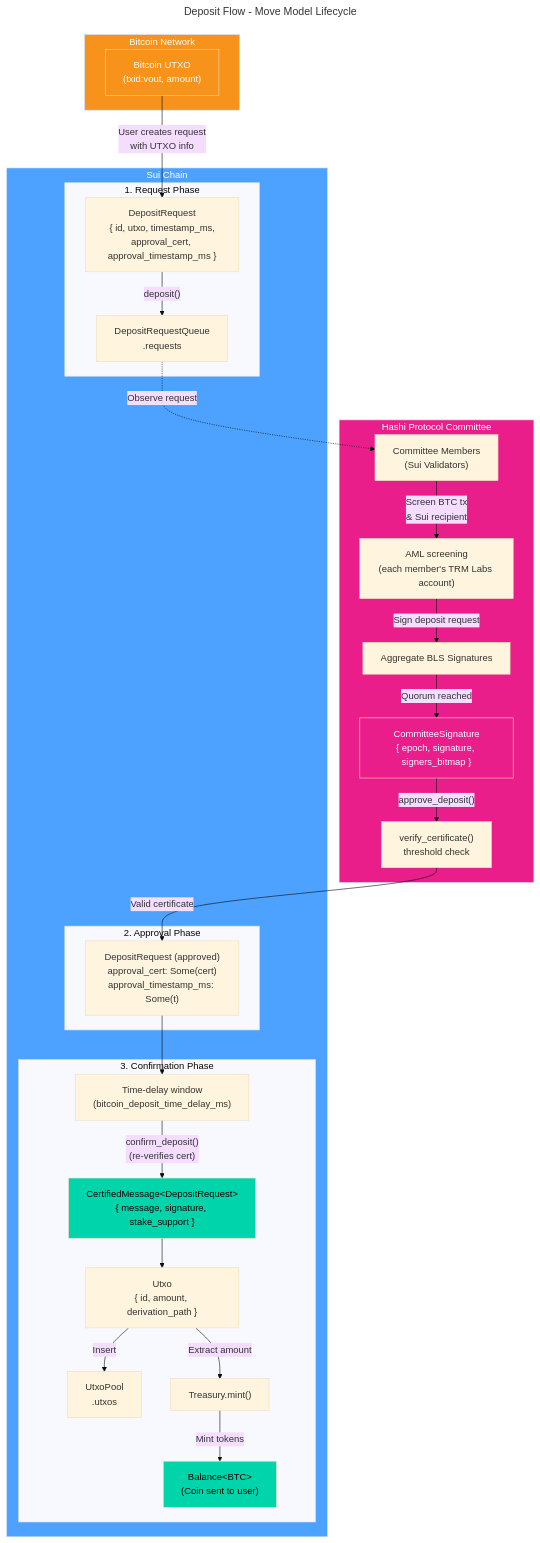
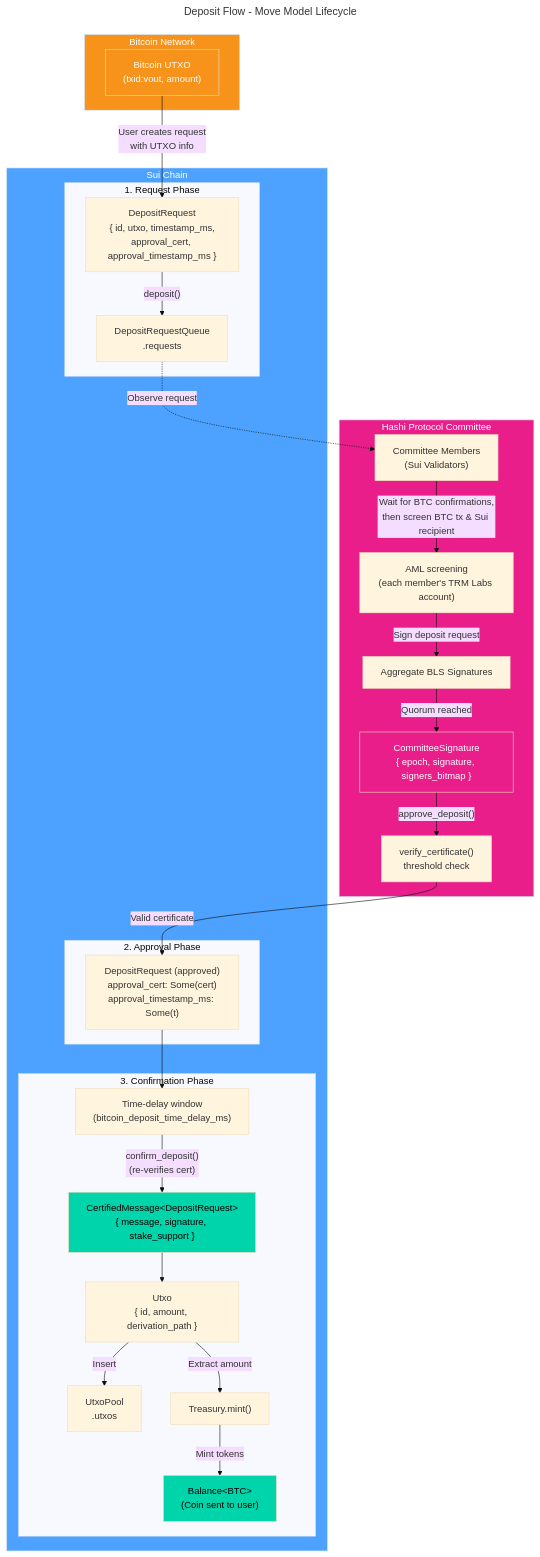
The first of 2 diagrams in design/docs/move-model-lifecycle.mdx (MystenLabs/hashi), drawn with Mermaid (base theme) before and after one commit. The commit also changed other lines of this file, not shown here.

First line of the commit message:
[docs] Show the Bitcoin confirmation wait before deposit screening

````diff
--- a/design/docs/move-model-lifecycle.mdx
+++ b/design/docs/move-model-lifecycle.mdx
@@ -65,60 +65,60 @@
 ```mermaid
 ---
 title: Deposit Flow - Move Model Lifecycle
 ---
 flowchart TD
     subgraph Bitcoin["Bitcoin Network"]
         BTC_UTXO["Bitcoin UTXO<br/>(txid:vout, amount)"]
     end
 
     subgraph Committee["Hashi Protocol Committee"]
         MEMBERS["Committee Members<br/>(Sui Validators)"]
         SCREEN["AML screening<br/>(each member's TRM Labs account)"]
         SIGN["Aggregate BLS Signatures"]
         CERT["CommitteeSignature<br/>{ epoch, signature, signers_bitmap }"]
         VERIFY["verify_certificate()<br/>threshold check"]
     end
 
     subgraph Sui["Sui Chain"]
         subgraph DepositPhase["1. Request Phase"]
             DR["DepositRequest<br/>{ id, utxo, timestamp_ms,<br/>approval_cert, approval_timestamp_ms }"]
             DRQ["DepositRequestQueue<br/>.requests"]
         end
 
         subgraph ApprovePhase["2. Approval Phase"]
             APPROVED["DepositRequest (approved)<br/>approval_cert: Some(cert)<br/>approval_timestamp_ms: Some(t)"]
         end
 
         subgraph ConfirmPhase["3. Confirmation Phase"]
             DELAY["Time-delay window<br/>(bitcoin_deposit_time_delay_ms)"]
             CERTIFIED["CertifiedMessage&lt;DepositRequest&gt;<br/>{ message, signature, stake_support }"]
             UTXO["Utxo<br/>{ id, amount, derivation_path }"]
             POOL["UtxoPool<br/>.utxos"]
             MINT["Treasury.mint()"]
             BAL["Balance&lt;BTC&gt;<br/>(Coin sent to user)"]
         end
     end
 
     BTC_UTXO -->|"User creates request<br/>with UTXO info"| DR
     DR -->|"deposit()"| DRQ
     DRQ -.->|"Observe request"| MEMBERS
-    MEMBERS -->|"Screen BTC tx<br/>& Sui recipient"| SCREEN
+    MEMBERS -->|"Wait for BTC confirmations,<br/>then screen BTC tx & Sui recipient"| SCREEN
     SCREEN -->|"Sign deposit request"| SIGN
     SIGN -->|"Quorum reached"| CERT
     CERT -->|"approve_deposit()"| VERIFY
     VERIFY -->|"Valid certificate"| APPROVED
     APPROVED --> DELAY
     DELAY -->|"confirm_deposit()<br/>(re-verifies cert)"| CERTIFIED
     CERTIFIED --> UTXO
     UTXO -->|"Insert"| POOL
     UTXO -->|"Extract amount"| MINT
     MINT -->|"Mint tokens"| BAL
 
     style Bitcoin fill:#f7931a,color:#fff
     style Committee fill:#E91E8A,color:#fff
     style Sui fill:#4da2ff,color:#fff
     style BAL fill:#00d4aa,color:#000
     style BTC_UTXO fill:#f7931a,color:#fff
     style CERT fill:#E91E8A,color:#fff
     style CERTIFIED fill:#00d4aa,color:#000
 ```
````
